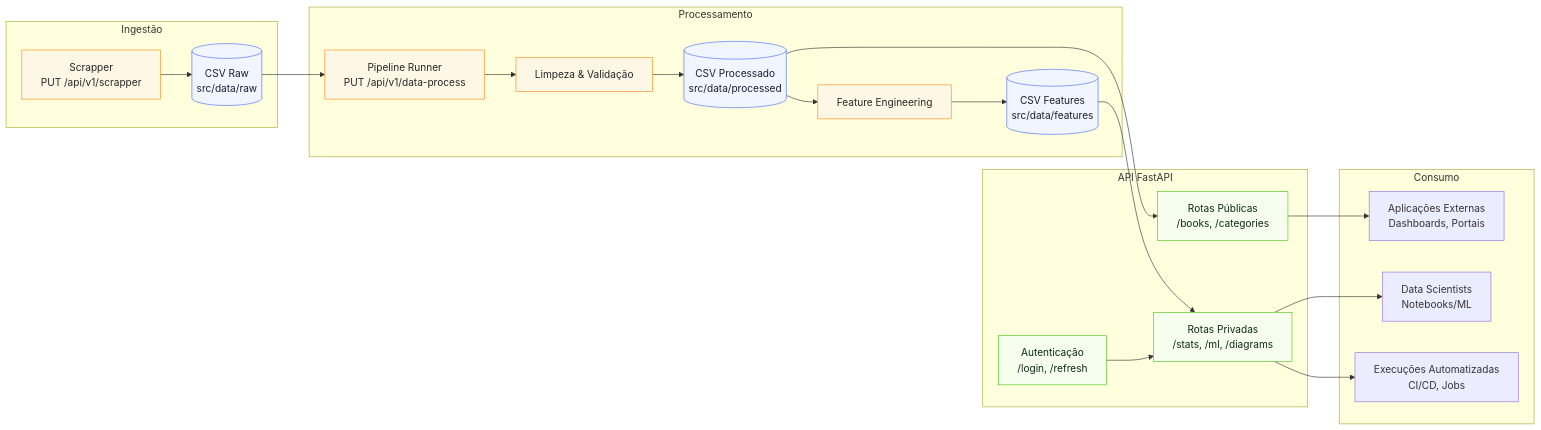
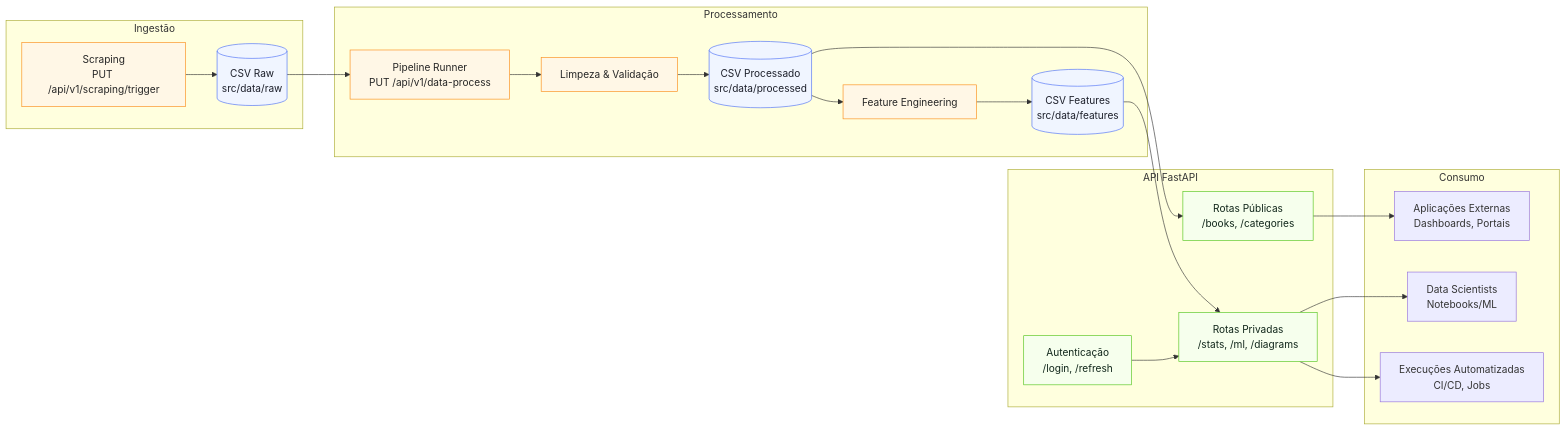
The diagram in src/docs/pipeline_ingest_process_api.md (andrevberaldo/tech-challenge-book-api), drawn with Mermaid before and after one commit. The commit also changed 3 other files, not shown here.

````diff
--- a/src/docs/pipeline_ingest_process_api.md
+++ b/src/docs/pipeline_ingest_process_api.md
@@ -3,57 +3,57 @@
 ```mermaid
 flowchart LR
     subgraph Ingestao[Ingestão]
-        SCR[Scrapper
-PUT /api/v1/scrapper]
+        SCR[Scraping
+PUT /api/v1/scraping/trigger]
         RAW[(CSV Raw
 src/data/raw)]
     end
 
     subgraph Processamento[Processamento]
         PIPE[Pipeline Runner
 PUT /api/v1/data-process]
         CLEAN[Limpeza & Validação]
         PROC[(CSV Processado
 src/data/processed)]
         FEATENG[Feature Engineering]
         FEAT[(CSV Features
 src/data/features)]
     end
 
     subgraph API[API FastAPI]
         ROUTES_PUBLIC[Rotas Públicas
 /books, /categories]
         ROUTES_PRIVATE[Rotas Privadas
 /stats, /ml, /diagrams]
         AUTH[Autenticação
 /login, /refresh]
     end
 
     subgraph Consumo[Consumo]
         CLIENTS[Aplicações Externas
 Dashboards, Portais]
         DS[Data Scientists
 Notebooks/ML]
         OPS[Execuções Automatizadas
 CI/CD, Jobs]
     end
 
     SCR --> RAW
     RAW --> PIPE
     PIPE --> CLEAN --> PROC
     PROC --> FEATENG --> FEAT
     FEAT --> ROUTES_PRIVATE
     PROC --> ROUTES_PUBLIC
     AUTH --> ROUTES_PRIVATE
 
     ROUTES_PUBLIC --> CLIENTS
     ROUTES_PRIVATE --> DS
     ROUTES_PRIVATE --> OPS
 
     classDef storage fill:#f0f5ff,stroke:#4c6ef5,stroke-width:1px,color:#1c1f2a;
     classDef service fill:#fff7e6,stroke:#fa8c16,stroke-width:1px,color:#262626;
     classDef endpoint fill:#f6ffed,stroke:#52c41a,stroke-width:1px,color:#10261a;
     class RAW,PROC,FEAT storage;
     class SCR,PIPE,CLEAN,FEATENG service;
     class ROUTES_PUBLIC,ROUTES_PRIVATE,AUTH endpoint;
 ```
````
